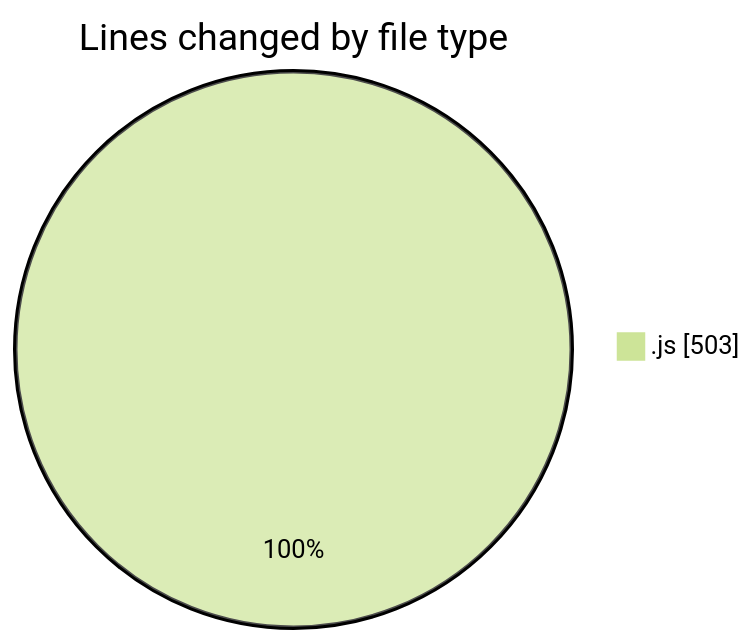
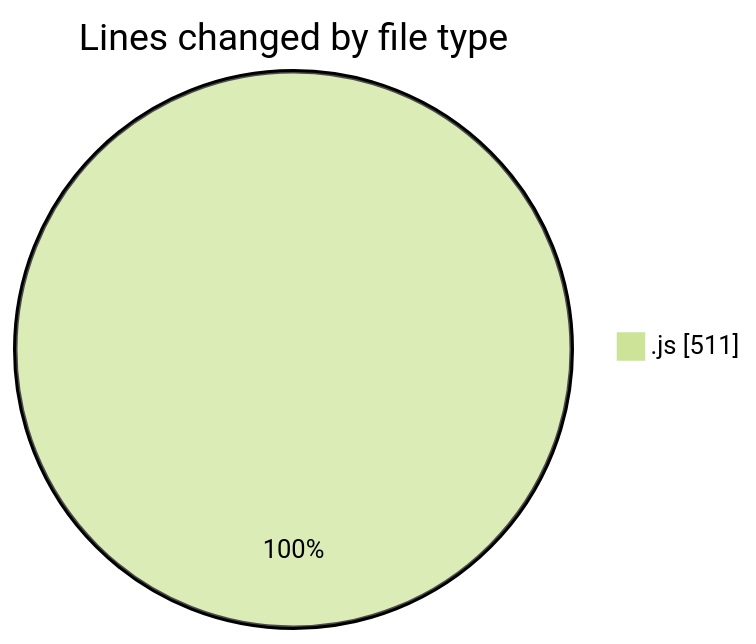
Before and after one commit to Ritupan-Deka/code-tracking: the first of 2 diagrams in 2025-07-20/mern-workoutboard/README.md, drawn with Mermaid (forest theme). The commit also changed other lines of this file and 1 other file, not shown here.

````diff
--- a/2025-07-20/mern-workoutboard/README.md
+++ b/2025-07-20/mern-workoutboard/README.md
@@ -25,5 +25,5 @@
 ```mermaid
 pie showData
 title Lines changed by file type
-".js" : 503
+".js" : 511
 ```
````
